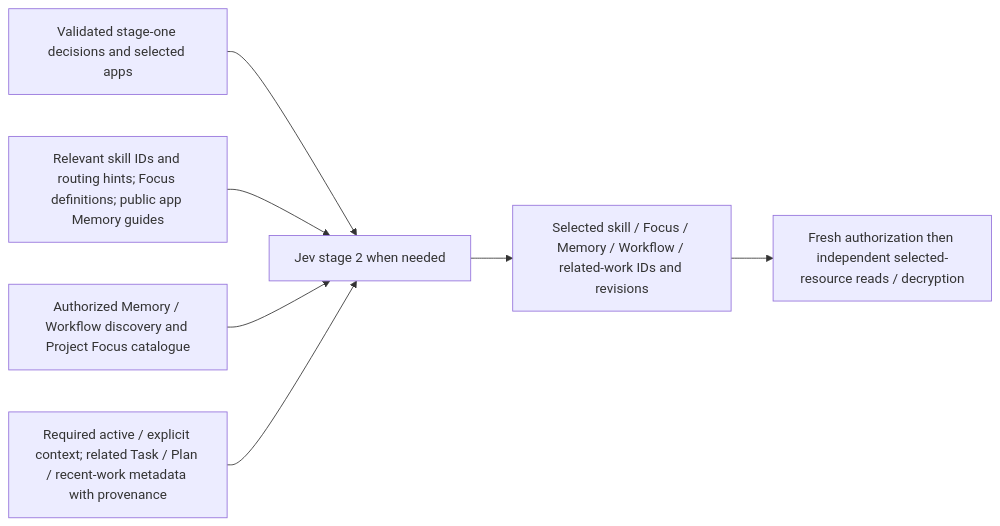
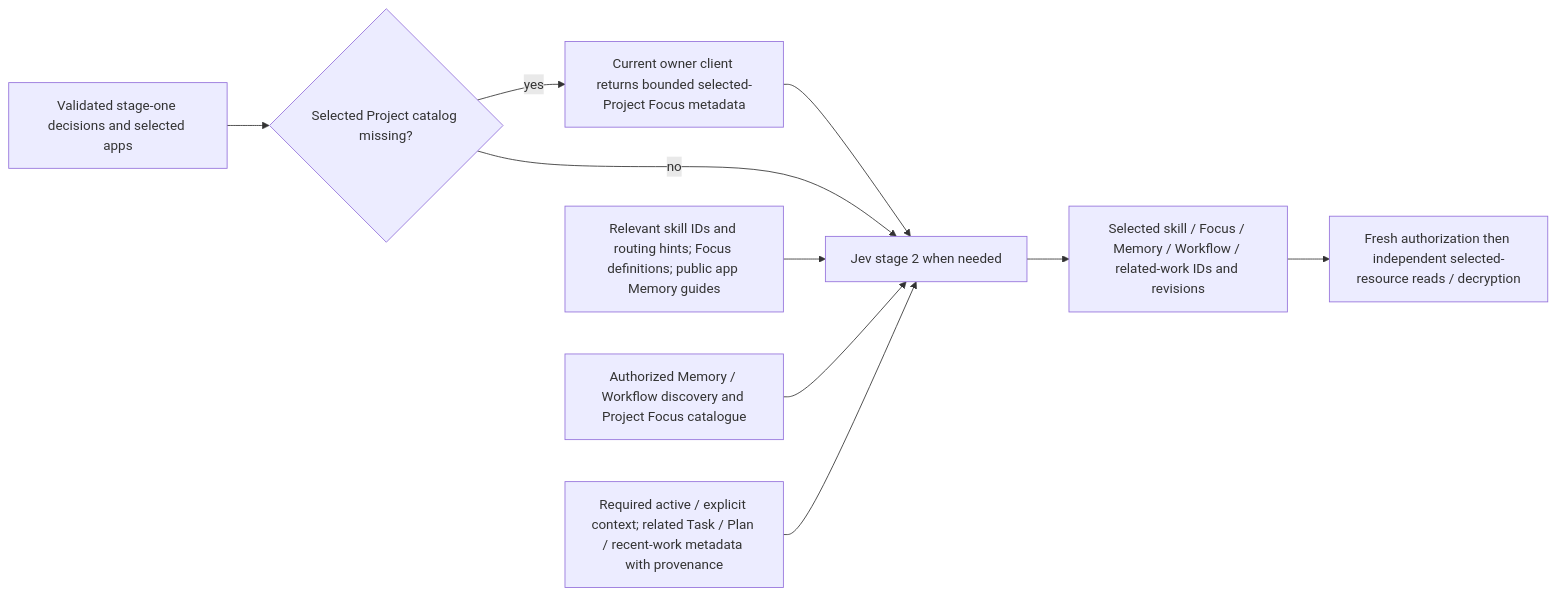
Before and after one commit to glowingkitty/OpenMates: the fifth of 8 diagrams in docs/plans/chat-processing-next-stage/implemented-flow.md, drawn with Mermaid. The commit also changed other lines of this file and 6 other files, not shown here.

````diff
--- a/docs/plans/chat-processing-next-stage/implemented-flow.md
+++ b/docs/plans/chat-processing-next-stage/implemented-flow.md
@@ -83,9 +90,12 @@
 ```mermaid
 flowchart LR
-  First[Validated stage-one decisions and selected apps] --> J2[Jev stage 2 when needed]
+  First[Validated stage-one decisions and selected apps] --> Missing{Selected Project catalog missing?}
+  Missing -- yes --> Owner[Current owner client returns bounded selected-Project Focus metadata]
+  Owner --> J2[Jev stage 2 when needed]
+  Missing -- no --> J2
   Skills[Relevant skill IDs and routing hints; Focus definitions; public app Memory guides] --> J2
   User[Authorized Memory / Workflow discovery and Project Focus catalogue] --> J2
   Active[Required active / explicit context; related Task / Plan / recent-work metadata with provenance] --> J2
   J2 --> Selected[Selected skill / Focus / Memory / Workflow / related-work IDs and revisions]
   Selected --> Bodies[Fresh authorization then independent selected-resource reads / decryption]
 ```
````
